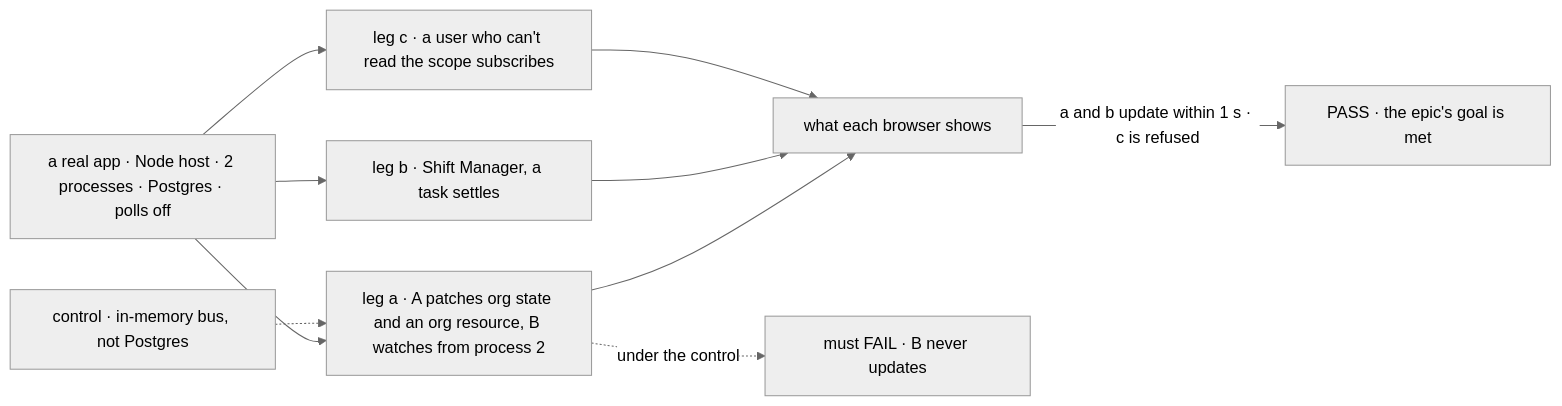
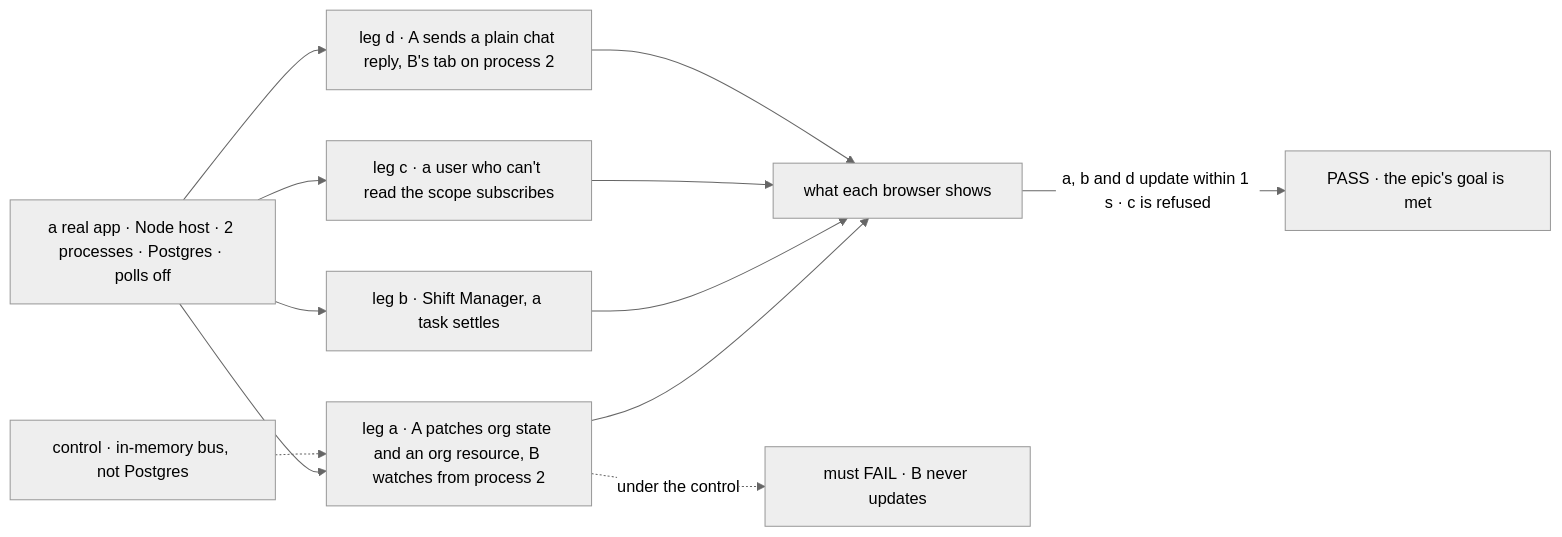
Before and after one commit to fixpoint-labs/flow-state-dev: the first of 2 diagrams in specs/epics/FIX-2367/SPEC.md, drawn with Mermaid (neutral theme). The commit also changed other lines of this file and 2 other files, not shown here.

First line of the commit message:
spec(epic): D6 wake publishes request and run writes; closure leg d

````diff
--- a/specs/epics/FIX-2367/SPEC.md
+++ b/specs/epics/FIX-2367/SPEC.md
@@ -35,12 +35,14 @@
 ```mermaid
 flowchart LR
   A["a real app · Node host · 2 processes · Postgres · polls off"] --> L1["leg a · A patches org state and an org resource, B watches from process 2"]
   A --> L2["leg b · Shift Manager, a task settles"]
   A --> L3["leg c · a user who can't read the scope subscribes"]
+  A --> L4["leg d · A sends a plain chat reply, B's tab on process 2"]
   L1 --> T["what each browser shows"]
   L2 --> T
   L3 --> T
-  T -->|"a and b update within 1 s · c is refused"| P["PASS · the epic's goal is met"]
+  L4 --> T
+  T -->|"a, b and d update within 1 s · c is refused"| P["PASS · the epic's goal is met"]
   C["control · in-memory bus, not Postgres"] -.-> L1
   L1 -.->|"under the control"| F["must FAIL · B never updates"]
 ```
````
